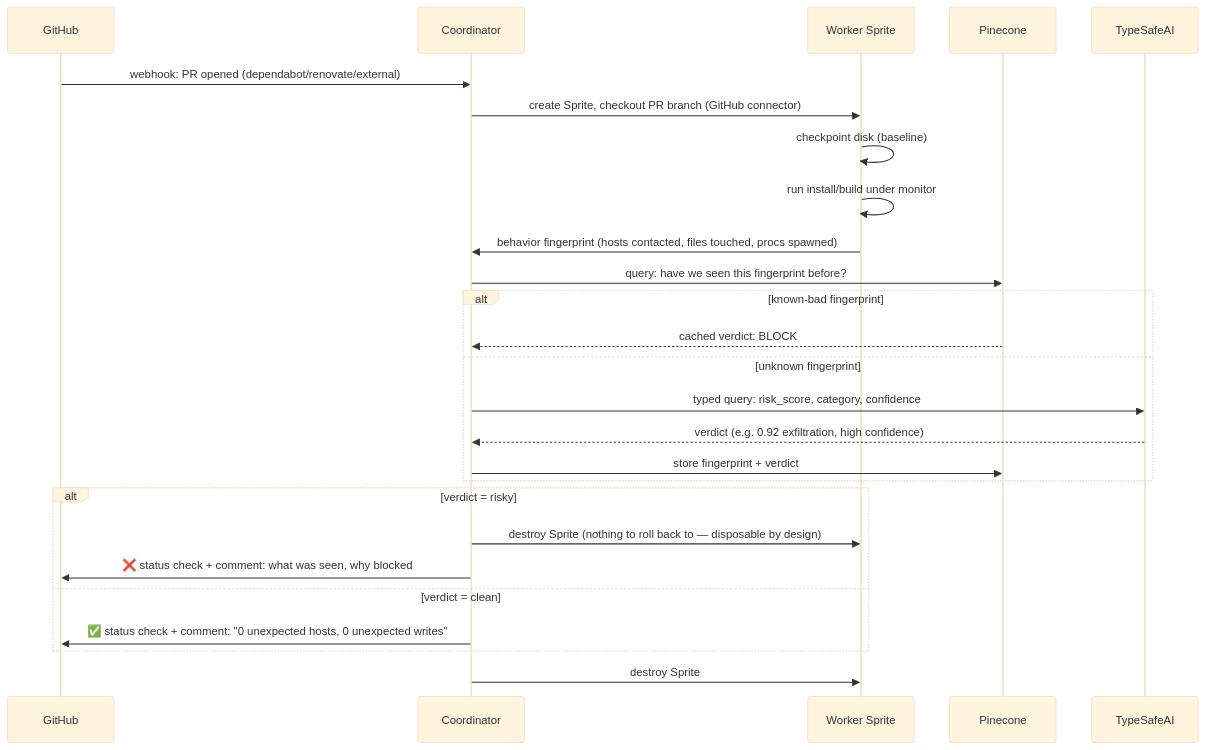
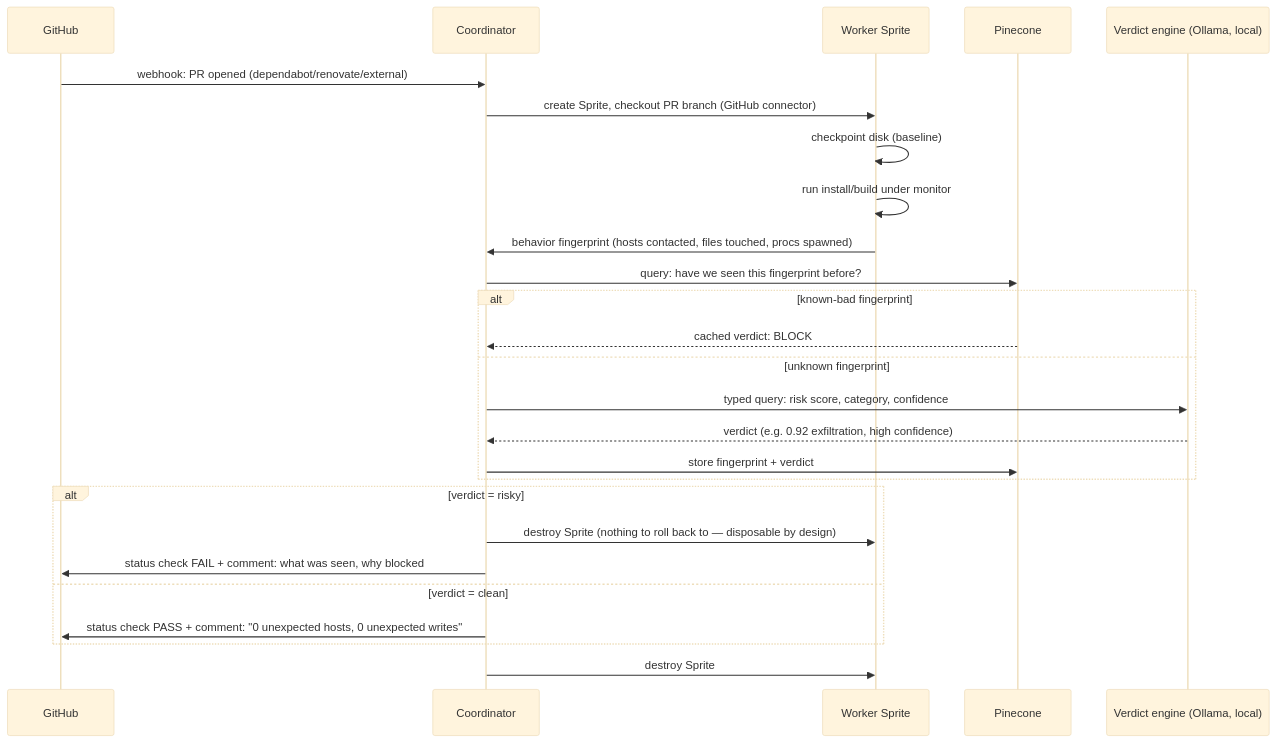
Before and after one commit to solutiono1/scudo: the second of 4 diagrams in ARCHITECTURE.md, drawn with Mermaid (base theme). The commit also changed other lines of this file and 10 other files, not shown here.

````diff
--- a/ARCHITECTURE.md
+++ b/ARCHITECTURE.md
@@ -57,29 +59,29 @@
 ```mermaid
 sequenceDiagram
     participant GH as GitHub
     participant Co as Coordinator
     participant W as Worker Sprite
     participant PC as Pinecone
-    participant TS as TypeSafeAI
+    participant TS as Verdict engine (Ollama, local)
 
     GH->>Co: webhook: PR opened (dependabot/renovate/external)
     Co->>W: create Sprite, checkout PR branch (GitHub connector)
     W->>W: checkpoint disk (baseline)
     W->>W: run install/build under monitor
     W->>Co: behavior fingerprint (hosts contacted, files touched, procs spawned)
     Co->>PC: query: have we seen this fingerprint before?
     alt known-bad fingerprint
         PC-->>Co: cached verdict: BLOCK
     else unknown fingerprint
-        Co->>TS: typed query: risk_score, category, confidence
+        Co->>TS: typed query: risk score, category, confidence
         TS-->>Co: verdict (e.g. 0.92 exfiltration, high confidence)
         Co->>PC: store fingerprint + verdict
     end
     alt verdict = risky
         Co->>W: destroy Sprite (nothing to roll back to — disposable by design)
-        Co->>GH: ❌ status check + comment: what was seen, why blocked
+        Co->>GH: status check FAIL + comment: what was seen, why blocked
     else verdict = clean
-        Co->>GH: ✅ status check + comment: "0 unexpected hosts, 0 unexpected writes"
+        Co->>GH: status check PASS + comment: "0 unexpected hosts, 0 unexpected writes"
     end
     Co->>W: destroy Sprite
 ```
````
